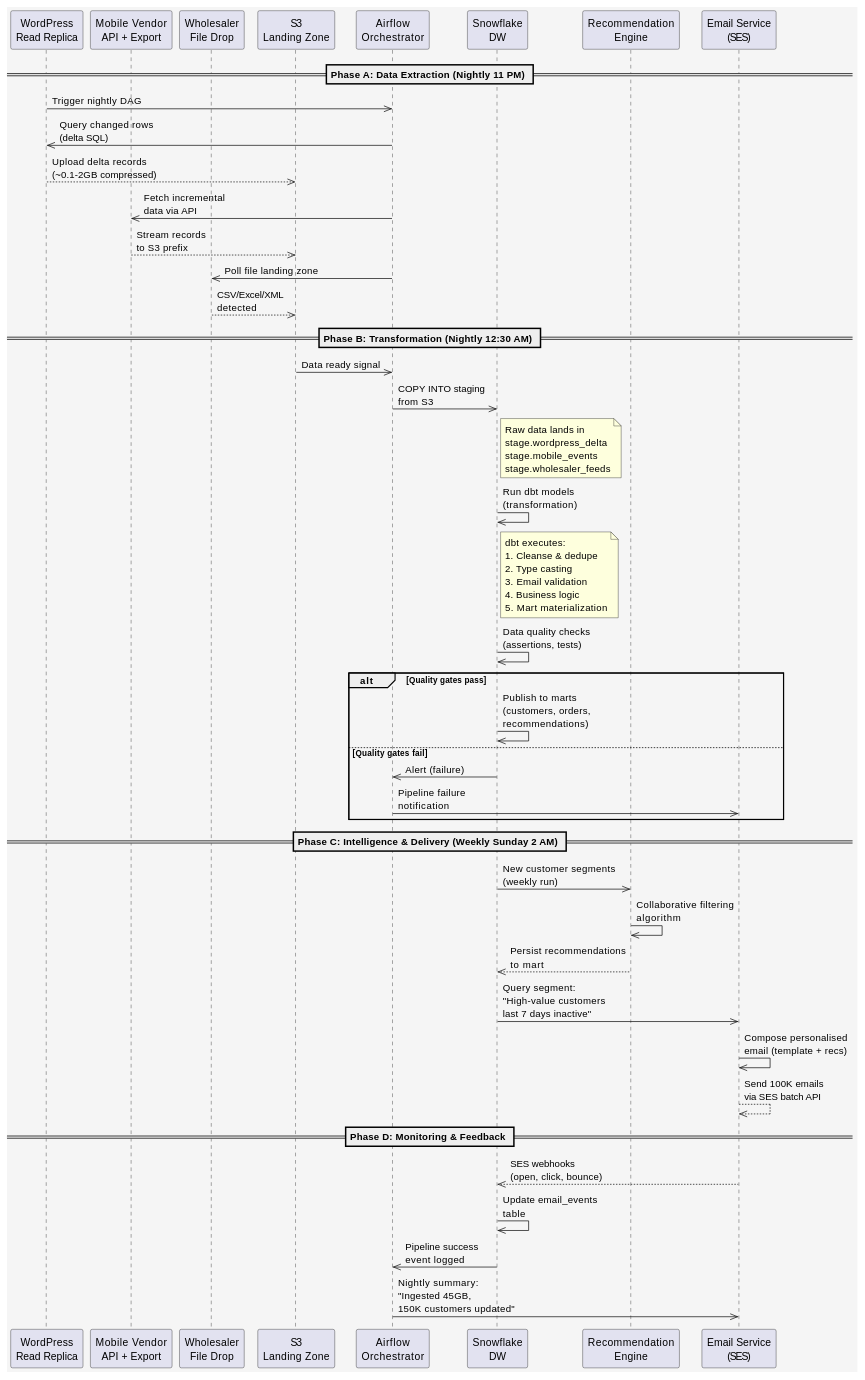
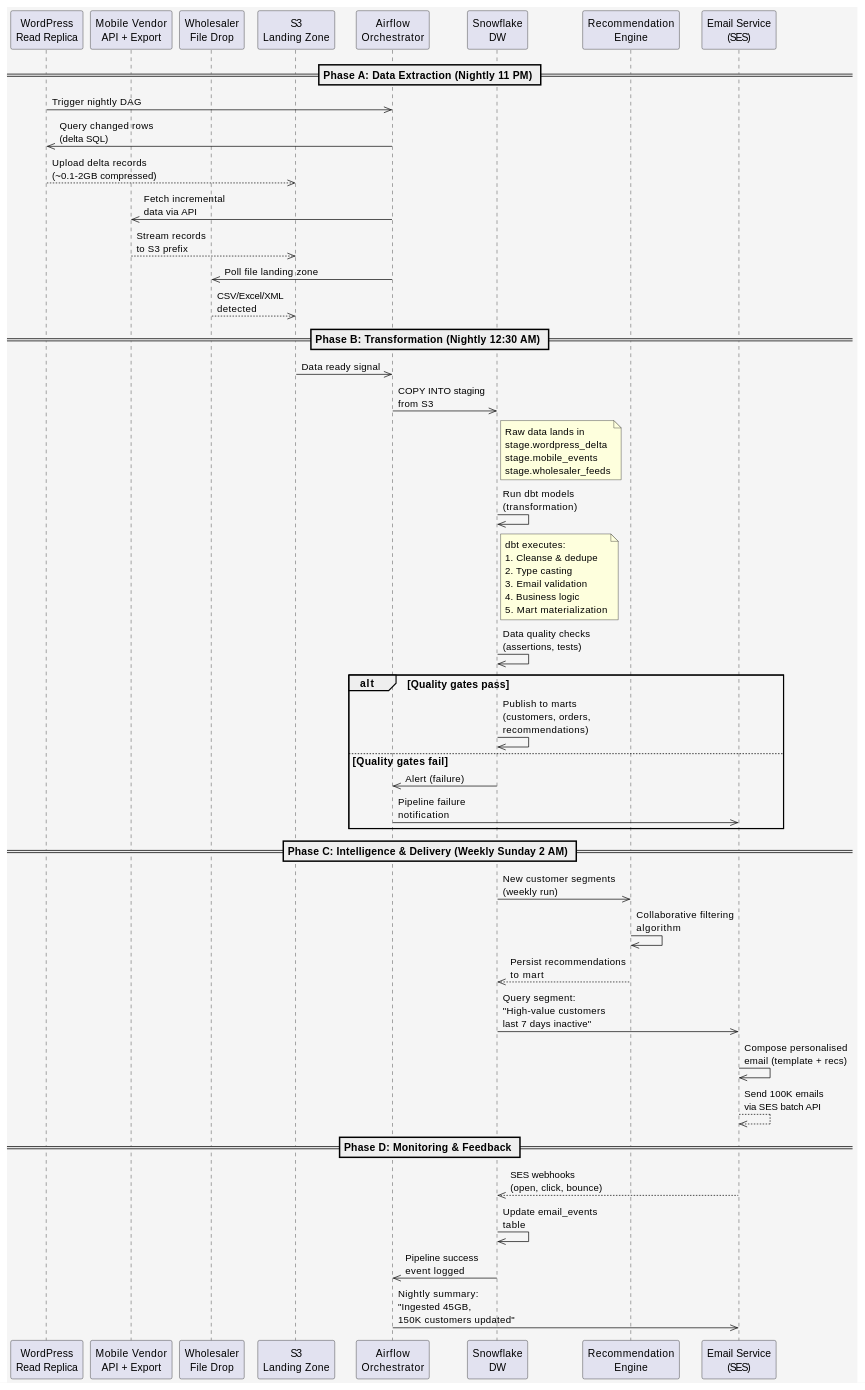
One commit to mosurekImagination/solution-architecture-case-studies changed the second of 3 diagrams in 02/docs/solution-design.adoc. Above: the diagram before and after it, drawn with PlantUML. The commit also changed other lines of this file and 35 other files, not shown here.

```diff
--- a/02/docs/solution-design.adoc
+++ b/02/docs/solution-design.adoc
@@ -320,76 +329,80 @@
 [plantuml,case02-data-workflow,format=svg]
 ....
 @startuml
 skinparam sequenceArrowType ortho
 skinparam backgroundColor #f5f5f5
 skinparam defaultFontName Arial
+skinparam defaultFontSize 14
+skinparam sequenceArrowFontSize 13
+skinparam participantFontSize 14
+skinparam noteFontSize 13
 
 participant "WordPress\nRead Replica" as WP
 participant "Mobile Vendor\nAPI + Export" as Mobile
 participant "Wholesaler\nFile Drop" as Wholesale
 participant "S3\nLanding Zone" as S3
 participant "Airflow\nOrchestrator" as Airflow
 participant "Snowflake\nDW" as Snowflake
 participant "Recommendation\nEngine" as Recommend
 participant "Email Service\n(SES)" as Email
 
 == Phase A: Data Extraction (Nightly 11 PM) ==
 
 WP ->> Airflow: Trigger nightly DAG
 Airflow ->> WP: Query changed rows\n(delta SQL)
 WP -->> S3: Upload delta records\n(~0.1-2GB compressed)
 
 Airflow ->> Mobile: Fetch incremental\ndata via API
 Mobile -->> S3: Stream records\nto S3 prefix
 
 Airflow ->> Wholesale: Poll file landing zone
 Wholesale -->> S3: CSV/Excel/XML\ndetected
 
 == Phase B: Transformation (Nightly 12:30 AM) ==
 
 S3 ->> Airflow: Data ready signal
 Airflow ->> Snowflake: COPY INTO staging\nfrom S3
 note right of Snowflake
   Raw data lands in
   stage.wordpress_delta
   stage.mobile_events
   stage.wholesaler_feeds
 end note
 
 Snowflake ->> Snowflake: Run dbt models\n(transformation)
 note right of Snowflake
   dbt executes:
   1. Cleanse & dedupe
   2. Type casting
   3. Email validation
   4. Business logic
   5. Mart materialization
 end note
 
 Snowflake ->> Snowflake: Data quality checks\n(assertions, tests)
 alt Quality gates pass
   Snowflake ->> Snowflake: Publish to marts\n(customers, orders,\nrecommendations)
 else Quality gates fail
   Snowflake ->> Airflow: Alert (failure)
   Airflow ->> Email: Pipeline failure\nnotification
 end
 
 == Phase C: Intelligence & Delivery (Weekly Sunday 2 AM) ==
 
 Snowflake ->> Recommend: New customer segments\n(weekly run)
 Recommend ->> Recommend: Collaborative filtering\nalgorithm
 Recommend -->> Snowflake: Persist recommendations\nto mart
 
 Snowflake ->> Email: Query segment:\n"High-value customers\nlast 7 days inactive"
 Email ->> Email: Compose personalised\nemail (template + recs)
 Email -->> Email: Send 100K emails\nvia SES batch API
 
 == Phase D: Monitoring & Feedback ==
 
 Email -->> Snowflake: SES webhooks\n(open, click, bounce)
 Snowflake ->> Snowflake: Update email_events\ntable
 Snowflake ->> Airflow: Pipeline success\nevent logged
 Airflow ->> Email: Nightly summary:\n"Ingested 45GB,\n150K customers updated"
 
 @enduml
 ....
```
